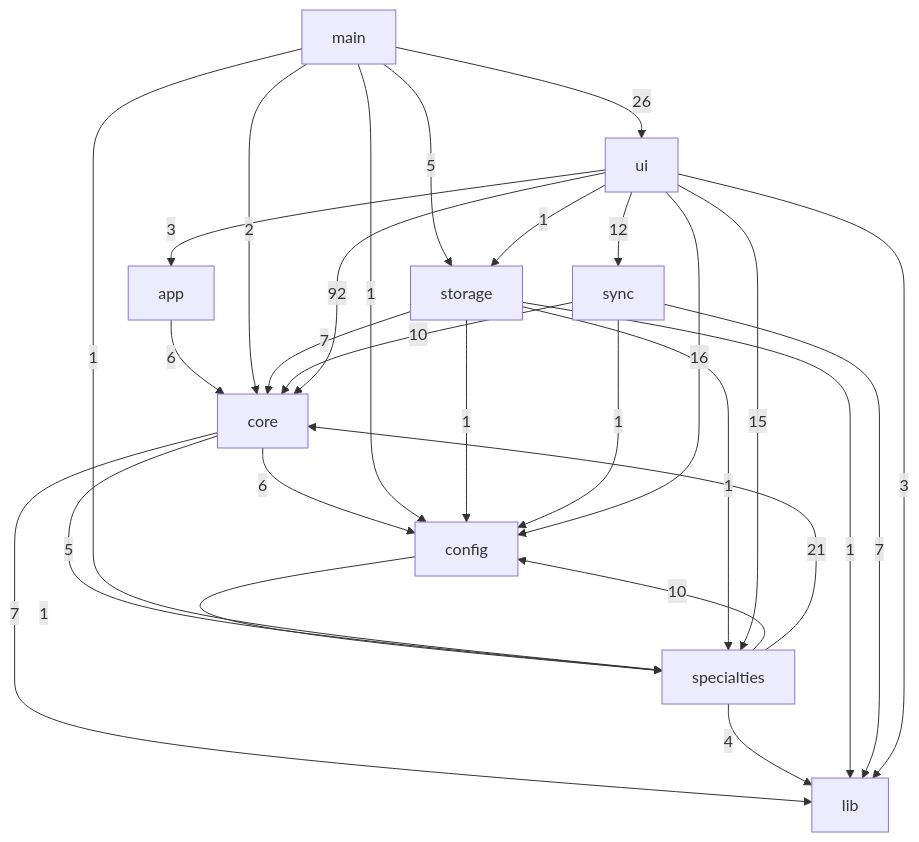
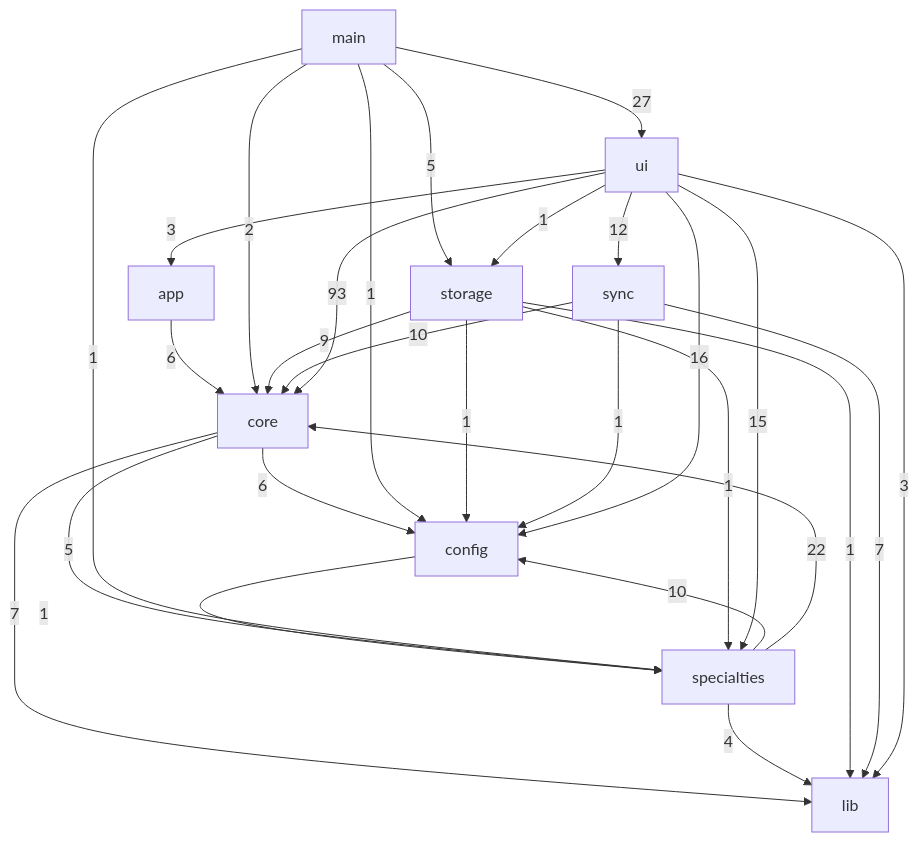
One commit to DanielOpazoD/rondahhroftalmologia changed the diagram in docs/DEPENDENCIAS.md. Above: the diagram before and after it, drawn with Mermaid. The commit also changed other lines of this file and 14 other files, not shown here.

````diff
--- a/docs/DEPENDENCIAS.md
+++ b/docs/DEPENDENCIAS.md
@@ -27,30 +27,30 @@
 ```mermaid
 flowchart TD
   app -->|6| core
   config -->|1| specialties
   core -->|6| config
   core -->|7| lib
   core -->|5| specialties
   main -->|1| config
   main -->|2| core
   main -->|1| specialties
   main -->|5| storage
-  main -->|26| ui
+  main -->|27| ui
   specialties -->|10| config
-  specialties -->|21| core
+  specialties -->|22| core
   specialties -->|4| lib
   storage -->|1| config
-  storage -->|7| core
+  storage -->|9| core
   storage -->|1| lib
   storage -->|1| specialties
   sync -->|1| config
   sync -->|10| core
   sync -->|7| lib
   ui -->|3| app
   ui -->|16| config
-  ui -->|92| core
+  ui -->|93| core
   ui -->|3| lib
   ui -->|15| specialties
   ui -->|1| storage
   ui -->|12| sync
 ```
````
